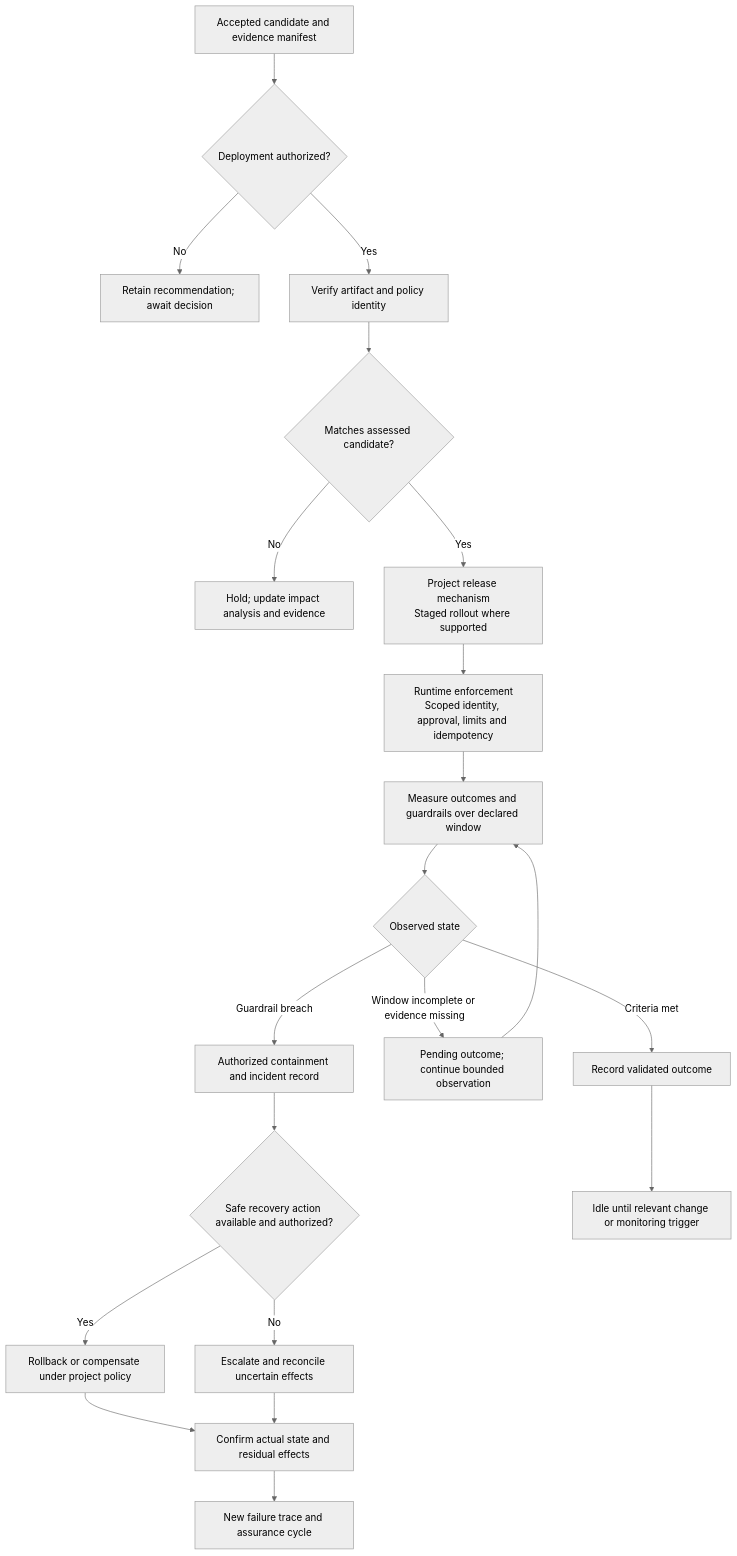
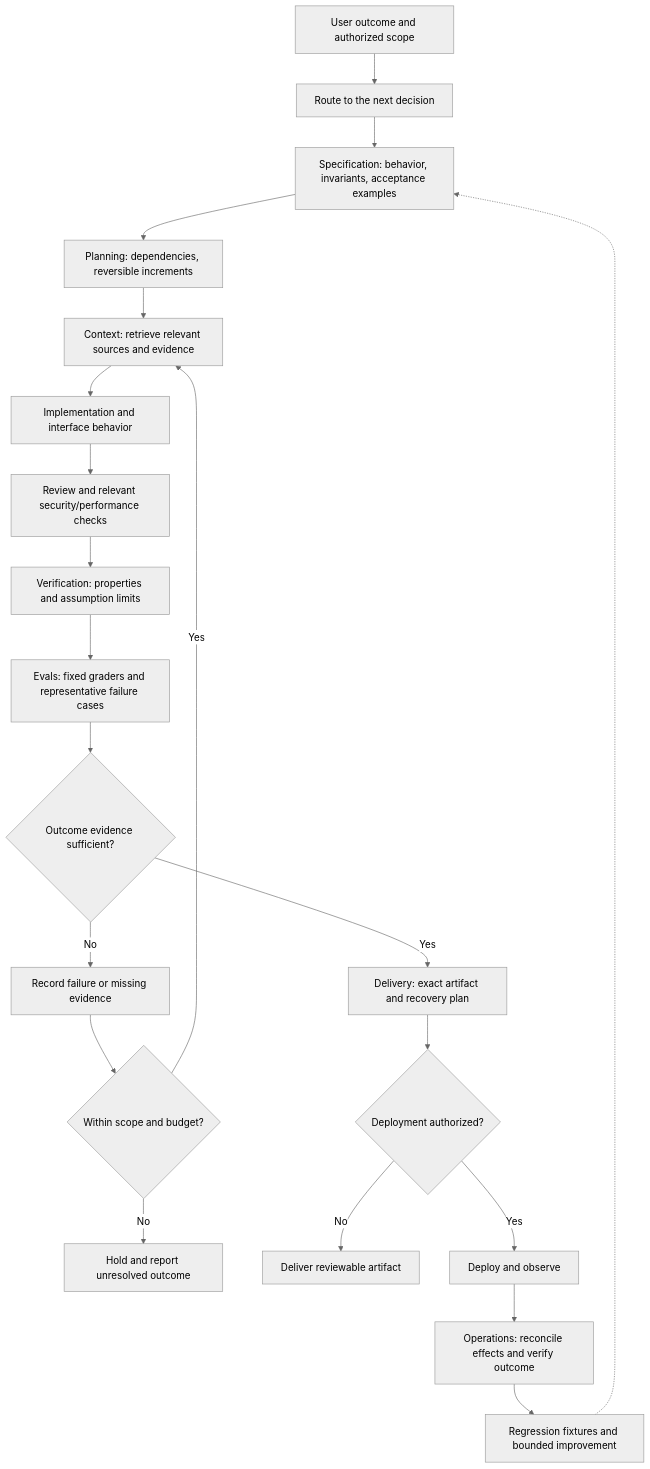
The first of 2 diagrams in README.md (bijit-ghosh/Agent-Skills), drawn with Mermaid (neutral theme) before and after one commit. The commit also changed other lines of this file and 42 other files, not shown here.

````diff
--- a/README.md
+++ b/README.md
@@ -319,23 +91,23 @@
 ```mermaid
 flowchart TD
-    ACCEPT["Accepted candidate and evidence manifest"] --> AUTH{"Deployment authorized?"}
-    AUTH -->|"No"| WAIT["Retain recommendation; await decision"]
-    AUTH -->|"Yes"| ID["Verify artifact and policy identity"]
-    ID --> MATCH{"Matches assessed candidate?"}
-    MATCH -->|"No"| HOLD["Hold; update impact analysis and evidence"]
-    MATCH -->|"Yes"| RELEASE["Project release mechanism<br/>Staged rollout where supported"]
-    RELEASE --> ENFORCE["Runtime enforcement<br/>Scoped identity, approval, limits and idempotency"]
-    ENFORCE --> OBSERVE["Measure outcomes and guardrails over declared window"]
-    OBSERVE --> SIGNAL{"Observed state"}
-    SIGNAL -->|"Criteria met"| COMPLETE["Record validated outcome"]
-    SIGNAL -->|"Window incomplete or evidence missing"| PENDING["Pending outcome; continue bounded observation"]
-    PENDING --> OBSERVE
-    SIGNAL -->|"Guardrail breach"| CONTAIN["Authorized containment and incident record"]
-    CONTAIN --> RECOVER{"Safe recovery action available and authorized?"}
-    RECOVER -->|"Yes"| ACTION["Rollback or compensate under project policy"]
-    RECOVER -->|"No"| ESCALATE["Escalate and reconcile uncertain effects"]
-    ACTION --> RECON["Confirm actual state and residual effects"]
-    ESCALATE --> RECON
-    RECON --> FEEDBACK["New failure trace and assurance cycle"]
-    COMPLETE --> IDLE["Idle until relevant change or monitoring trigger"]
+    U["User outcome and authorized scope"] --> R["Route to the next decision"]
+    R --> S["Specification: behavior, invariants, acceptance examples"]
+    S --> P["Planning: dependencies, reversible increments"]
+    P --> C["Context: retrieve relevant sources and evidence"]
+    C --> I["Implementation and interface behavior"]
+    I --> Q["Review and relevant security/performance checks"]
+    Q --> V["Verification: properties and assumption limits"]
+    V --> E["Evals: fixed graders and representative failure cases"]
+    E --> O{"Outcome evidence sufficient?"}
+    O -->|No| F["Record failure or missing evidence"]
+    F --> B{"Within scope and budget?"}
+    B -->|Yes| C
+    B -->|No| H["Hold and report unresolved outcome"]
+    O -->|Yes| D["Delivery: exact artifact and recovery plan"]
+    D --> A{"Deployment authorized?"}
+    A -->|No| Ready["Deliver reviewable artifact"]
+    A -->|Yes| Run["Deploy and observe"]
+    Run --> Ops["Operations: reconcile effects and verify outcome"]
+    Ops --> Learn["Regression fixtures and bounded improvement"]
+    Learn -.-> S
 ```
````
